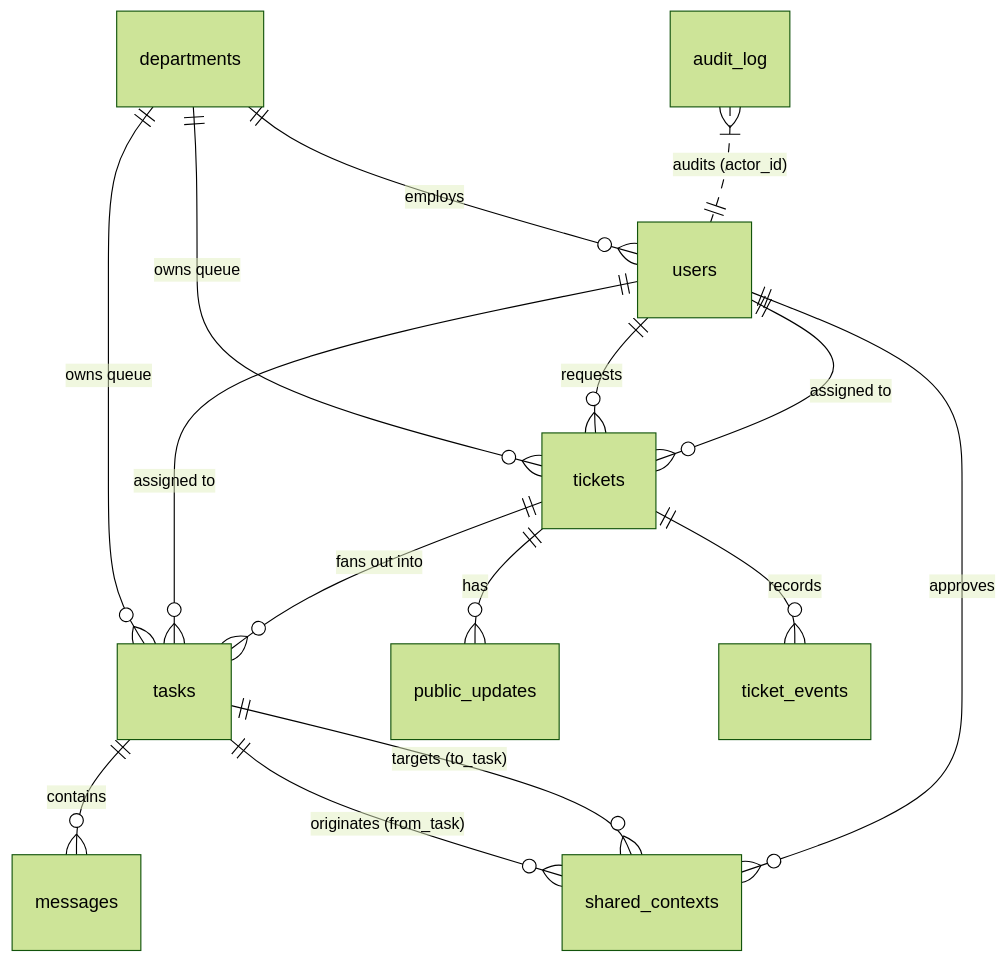
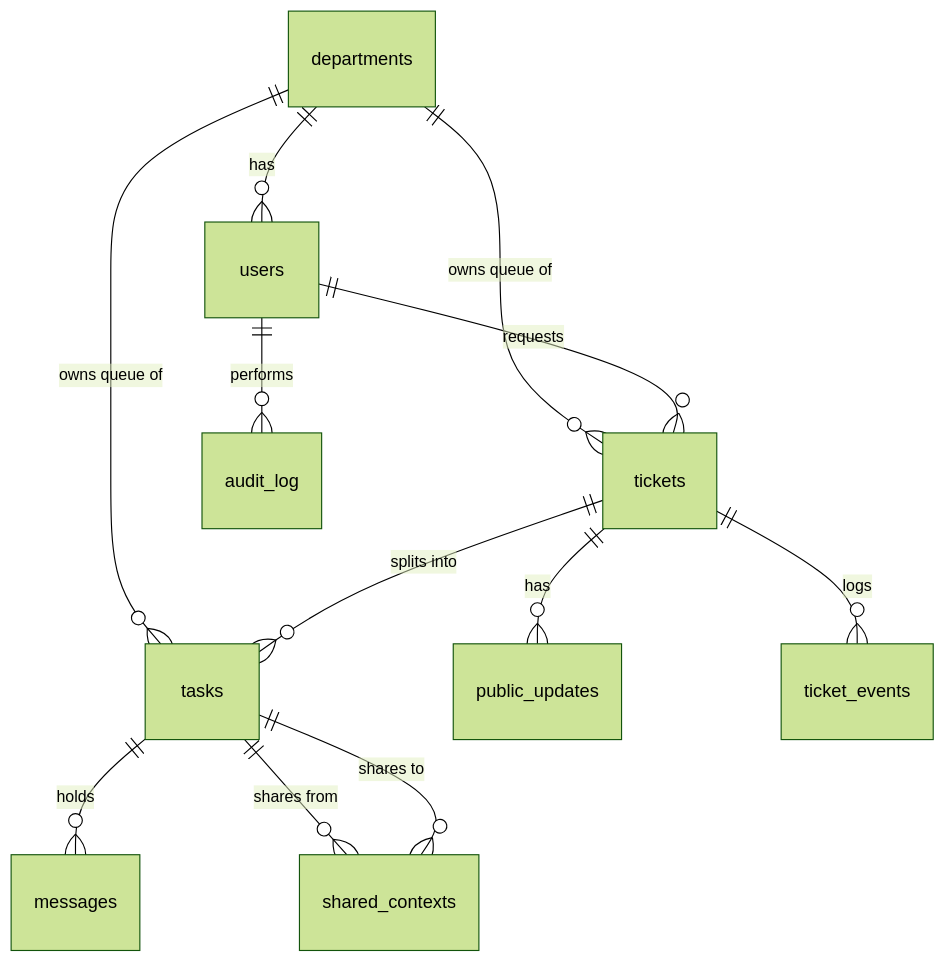
The sixth of 6 diagrams in README.md (Prasanthmax/novintix-ticket), drawn with Mermaid (forest theme) before and after one commit. The commit also changed other lines of this file, not shown here.

Commit message:
fix : github diagram rendering 2026-11-02

````diff
--- a/README.md
+++ b/README.md
@@ -204,17 +226,14 @@
 ```mermaid
 erDiagram
-    departments ||--o{ users : "employs"
-    departments ||--o{ tickets : "owns queue"
-    departments ||--o{ tasks : "owns queue"
+    departments ||--o{ users : "has"
+    departments ||--o{ tickets : "owns queue of"
+    departments ||--o{ tasks : "owns queue of"
     users ||--o{ tickets : "requests"
-    users ||--o{ tickets : "assigned to"
-    users ||--o{ tasks : "assigned to"
-    tickets ||--o{ tasks : "fans out into"
+    tickets ||--o{ tasks : "splits into"
     tickets ||--o{ public_updates : "has"
-    tickets ||--o{ ticket_events : "records"
-    tasks ||--o{ messages : "contains"
-    tasks ||--o{ shared_contexts : "originates (from_task)"
-    tasks ||--o{ shared_contexts : "targets (to_task)"
-    users ||--o{ shared_contexts : "approves"
-    audit_log }|..|| users : "audits (actor_id)"
+    tickets ||--o{ ticket_events : "logs"
+    tasks ||--o{ messages : "holds"
+    tasks ||--o{ shared_contexts : "shares from"
+    tasks ||--o{ shared_contexts : "shares to"
+    users ||--o{ audit_log : "performs"
 ```
````
